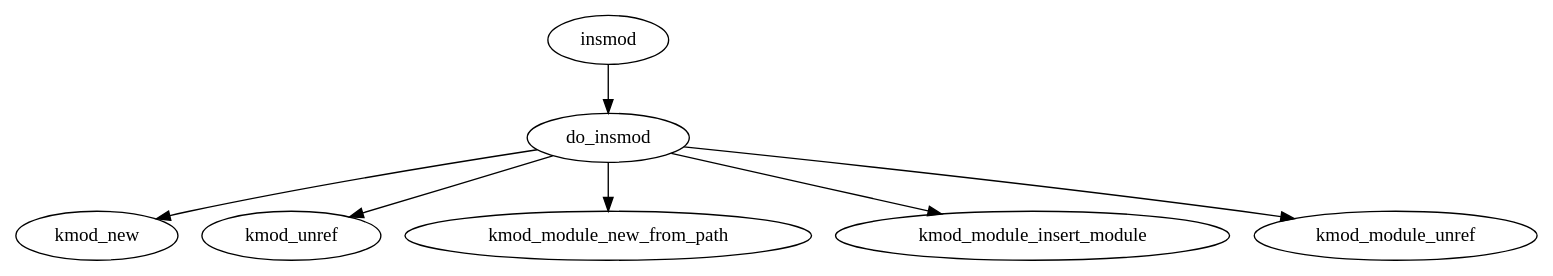
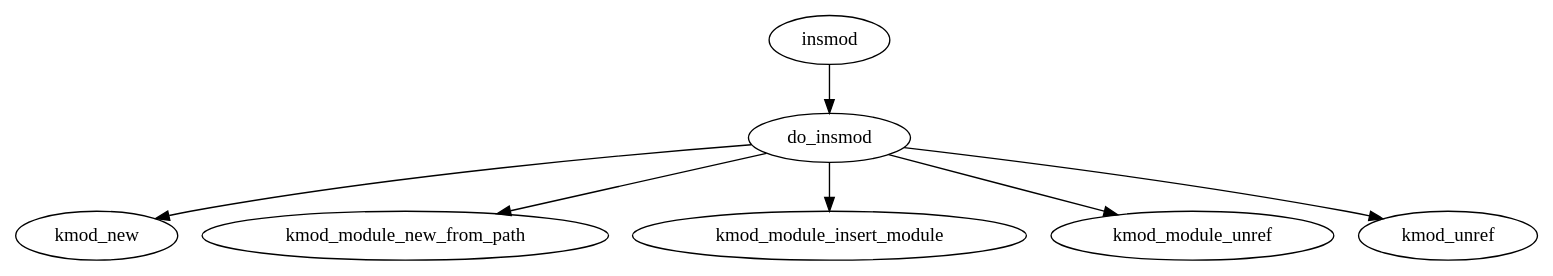
Before and after one commit to limingth/comment-subs: the diagram in pdf/figures/insmod.dot, drawn with Graphviz. The commit also changed 28 other files, not shown here.

```diff
--- a/pdf/figures/insmod.dot
+++ b/pdf/figures/insmod.dot
@@ -1,10 +1,11 @@
 digraph G {
 	insmod -> do_insmod;
 
 	do_insmod -> kmod_new;
-	do_insmod -> kmod_unref;
 
 	do_insmod -> kmod_module_new_from_path;
 	do_insmod -> kmod_module_insert_module;
 	do_insmod -> kmod_module_unref;
+
+	do_insmod -> kmod_unref;
 }
```
